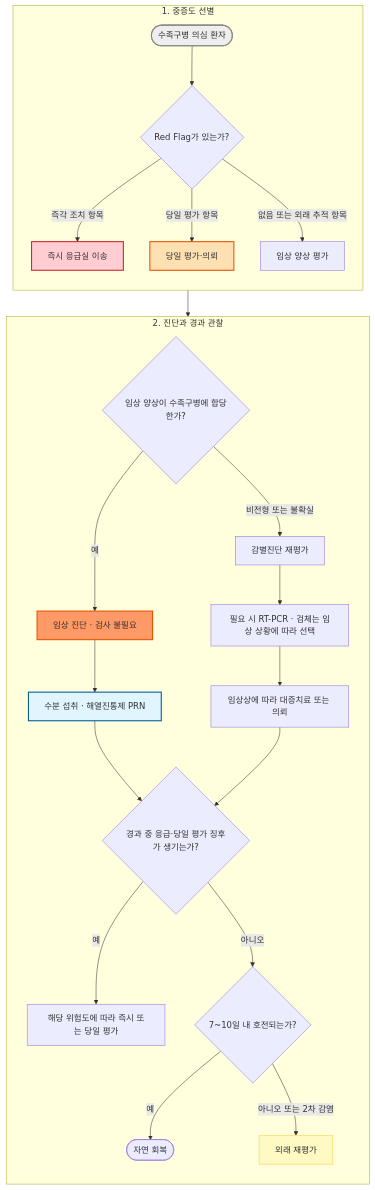
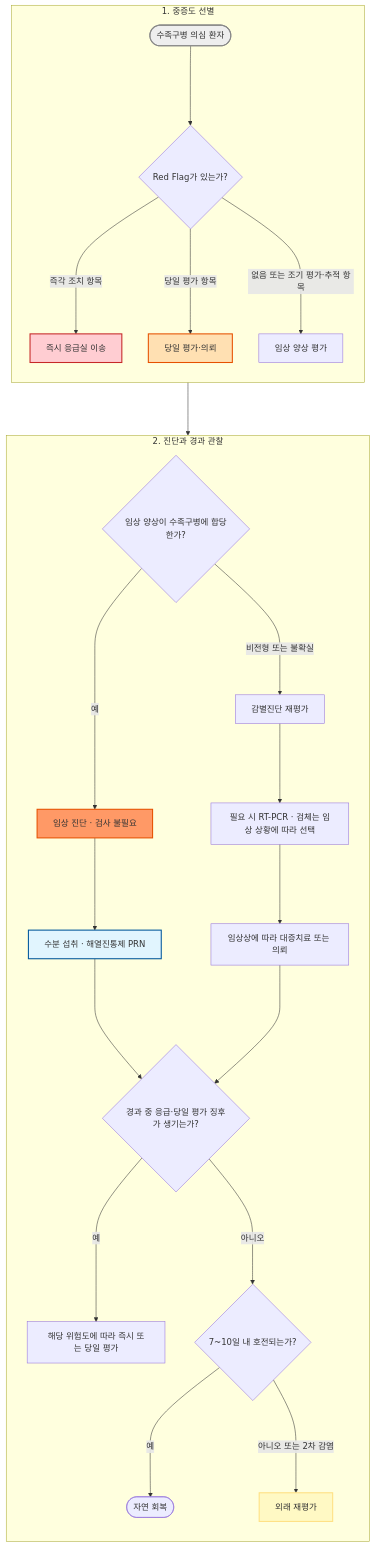
Before and after one commit to familyoh77/familyoh77: the diagram in 230_/198_-hand-foot-mouth-dz.md, drawn with Mermaid. The commit also changed other lines of this file and 11 other files, not shown here.

````diff
--- a/230_/198_-hand-foot-mouth-dz.md
+++ b/230_/198_-hand-foot-mouth-dz.md
@@ -113,33 +116,33 @@
 ```mermaid
 flowchart TB
     subgraph Triage["1. 중증도 선별"]
         direction TB
-        Start(["수족구병 의심 환자"]) --> RF{"Red Flag가 있는가?"}
-        RF -->|즉각 조치 항목| ER["즉시 응급실 이송"]
-        RF -->|당일 평가 항목| Same["당일 평가·의뢰"]
-        RF -->|없음 또는 외래 추적 항목| Assess["임상 양상 평가"]
+        Start(["수족구병 의심 환자"]) ---> RF{"Red Flag가 있는가?"}
+        RF --->|즉각 조치 항목| ER["즉시 응급실 이송"]
+        RF --->|당일 평가 항목| Same["당일 평가·의뢰"]
+        RF --->|없음 또는 조기 평가·추적 항목| Assess["임상 양상 평가"]
     end
 
     subgraph Diagnosis["2. 진단과 경과 관찰"]
         direction TB
-        Assess --> Q1{"임상 양상이 수족구병에 합당한가?"}
-        Q1 -->|예| Dx["임상 진단 · 검사 불필요"]
-        Q1 -->|비전형 또는 불확실| Diff["감별진단 재평가"]
-        Diff --> Test["필요 시 RT-PCR · 검체는 임상 상황에 따라 선택"]
-        Dx --> Home["수분 섭취 · 해열진통제 PRN"]
-        Test --> Plan["임상상에 따라 대증치료 또는 의뢰"]
-        Home --> Worsen{"경과 중 응급·당일 평가 징후가 생기는가?"}
-        Plan --> Worsen
-        Worsen -->|예| Urgent["해당 위험도에 따라 즉시 또는 당일 평가"]
-        Worsen -->|아니오| FU{"7~10일 내 호전되는가?"}
-        FU -->|예| Done(["자연 회복"])
-        FU -->|아니오 또는 2차 감염| Recheck["외래 재평가"]
+        Assess ---> Q1{"임상 양상이 수족구병에 합당한가?"}
+        Q1 --->|예| Dx["임상 진단 · 검사 불필요"]
+        Q1 --->|비전형 또는 불확실| Diff["감별진단 재평가"]
+        Diff ---> Test["필요 시 RT-PCR · 검체는 임상 상황에 따라 선택"]
+        Dx ---> Home["수분 섭취 · 해열진통제 PRN"]
+        Test ---> Plan["임상상에 따라 대증치료 또는 의뢰"]
+        Home ---> Worsen{"경과 중 응급·당일 평가 징후가 생기는가?"}
+        Plan ---> Worsen
+        Worsen --->|예| Urgent["해당 위험도에 따라 즉시 또는 당일 평가"]
+        Worsen --->|아니오| FU{"7~10일 내 호전되는가?"}
+        FU --->|예| Done(["자연 회복"])
+        FU --->|아니오 또는 2차 감염| Recheck["외래 재평가"]
     end
 
     style Start fill:#eeeeee,stroke:#888888,stroke-width:2px
     style Dx fill:#f96,stroke:#e65100,stroke-width:2px
     style ER fill:#ffcdd2,stroke:#c62828,stroke-width:2px
     style Same fill:#ffe0b2,stroke:#e65100,stroke-width:2px
     style Home fill:#e1f5fe,stroke:#01579b,stroke-width:2px
     style Recheck fill:#fff9c4,stroke:#ffe082,stroke-width:2px
 ```
````
